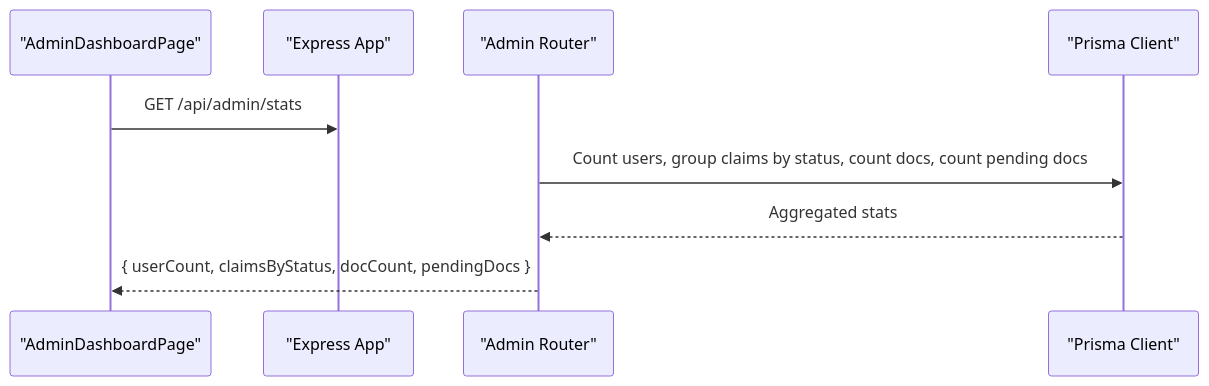
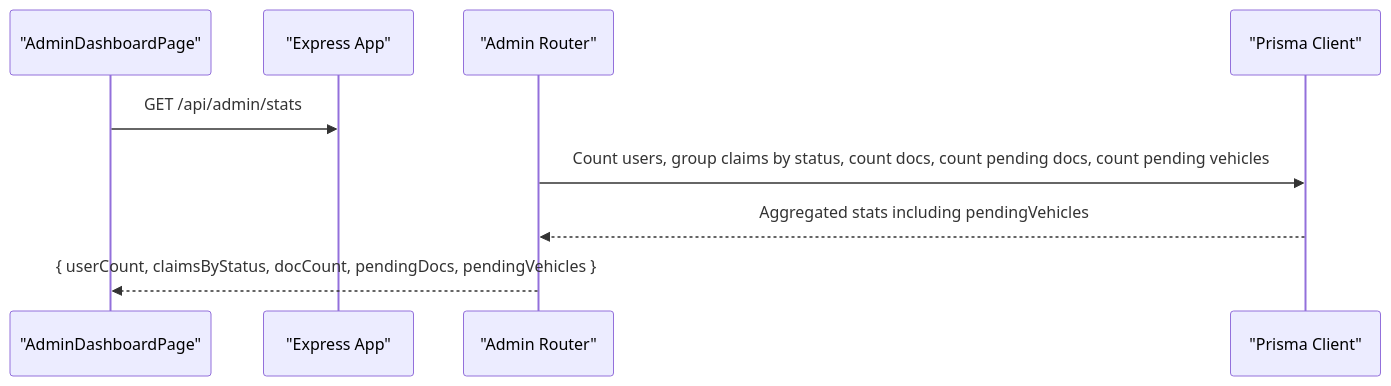
The fourth of 12 diagrams in .qoder/repowiki/en/content/Backend Documentation/API Endpoints Reference/Administrative Endpoints.md (NaveenHiranya/Smart-Vehicle-Insurance-Claim-System), drawn with Mermaid before and after one commit. The commit also changed other lines of this file and 21 other files, not shown here.

````diff
--- a/.qoder/repowiki/en/content/Backend Documentation/API Endpoints Reference/Administrative Endpoints.md
+++ b/.qoder/repowiki/en/content/Backend Documentation/API Endpoints Reference/Administrative Endpoints.md
@@ -191,11 +193,11 @@
 ```mermaid
 sequenceDiagram
 participant FE as "AdminDashboardPage"
 participant API as "Express App"
 participant AR as "Admin Router"
 participant DB as "Prisma Client"
 FE->>API : GET /api/admin/stats
-AR->>DB : Count users, group claims by status, count docs, count pending docs
-DB-->>AR : Aggregated stats
-AR-->>FE : { userCount, claimsByStatus, docCount, pendingDocs }
+AR->>DB : Count users, group claims by status, count docs, count pending docs, count pending vehicles
+DB-->>AR : Aggregated stats including pendingVehicles
+AR-->>FE : { userCount, claimsByStatus, docCount, pendingDocs, pendingVehicles }
 ```
````
